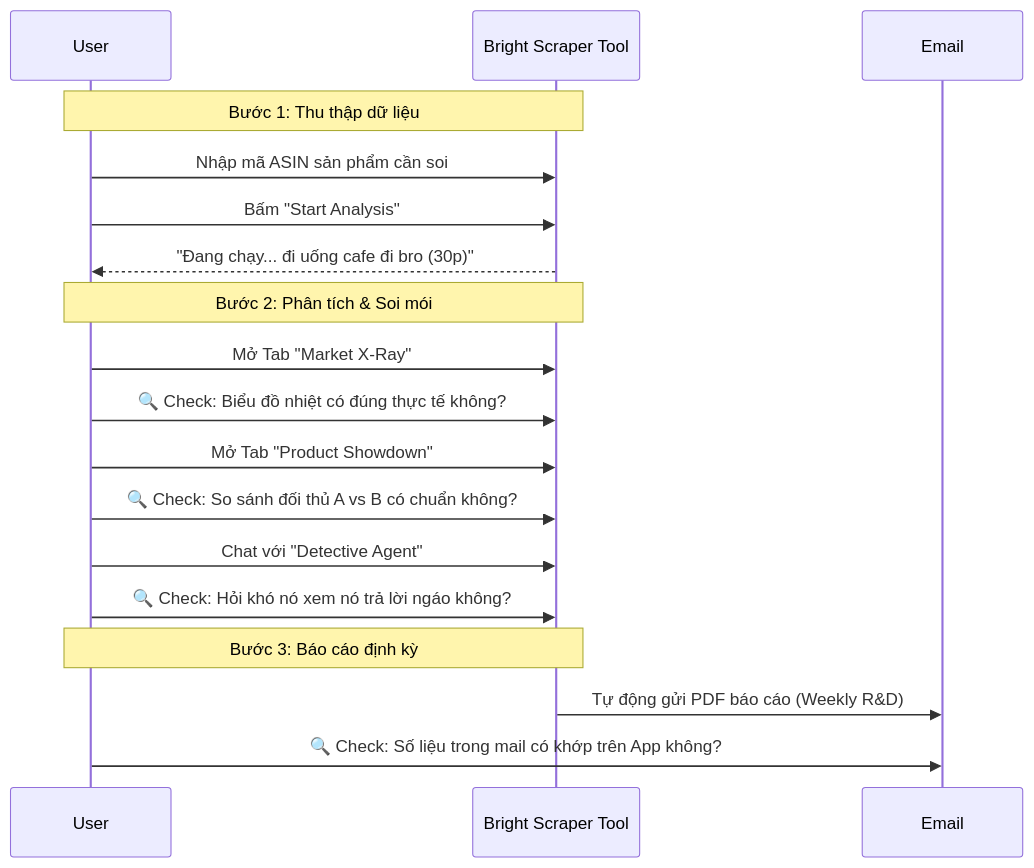
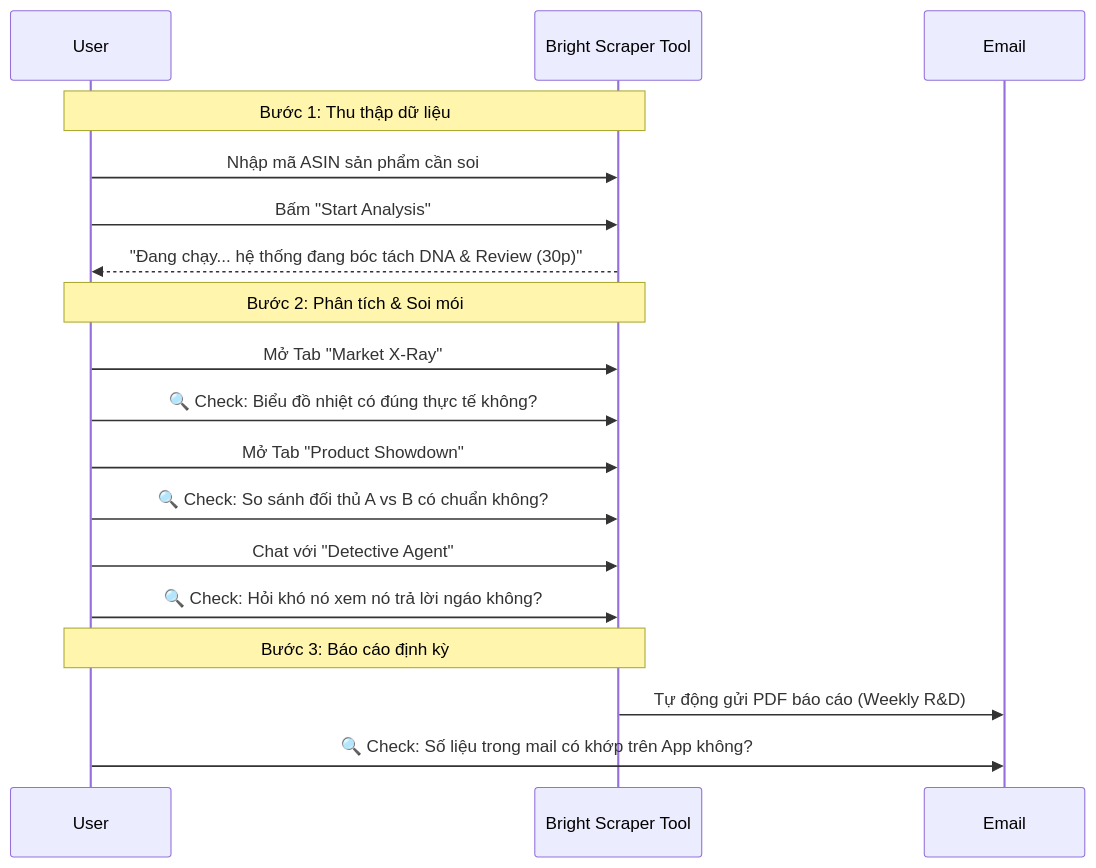
Before and after one commit to Daniel-LeTC/AI_market_intel_platform: the third of 3 diagrams in docs/architecture_analysis_v2/07_Presentation_Visuals.md, drawn with Mermaid. The commit also changed other lines of this file and 1 other file, not shown here.

Commit message:
docs: decouple Social Scout and refine metadata/review logic

````diff
--- a/docs/architecture_analysis_v2/07_Presentation_Visuals.md
+++ b/docs/architecture_analysis_v2/07_Presentation_Visuals.md
@@ -45,25 +50,25 @@
 ```mermaid
 sequenceDiagram
     participant User
     participant App as Bright Scraper Tool
     participant Email
 
     Note over User, App: Bước 1: Thu thập dữ liệu
     User->>App: Nhập mã ASIN sản phẩm cần soi
     User->>App: Bấm "Start Analysis"
-    App-->>User: "Đang chạy... đi uống cafe đi bro (30p)"
+    App-->>User: "Đang chạy... hệ thống đang bóc tách DNA & Review (30p)"
     
     Note over User, App: Bước 2: Phân tích & Soi mói
     User->>App: Mở Tab "Market X-Ray"
     User->>App: 🔍 Check: Biểu đồ nhiệt có đúng thực tế không?
     
     User->>App: Mở Tab "Product Showdown"
     User->>App: 🔍 Check: So sánh đối thủ A vs B có chuẩn không?
     
     User->>App: Chat với "Detective Agent"
     User->>App: 🔍 Check: Hỏi khó nó xem nó trả lời ngáo không?
     
     Note over User, App: Bước 3: Báo cáo định kỳ
     App->>Email: Tự động gửi PDF báo cáo (Weekly R&D)
     User->>Email: 🔍 Check: Số liệu trong mail có khớp trên App không?
 ```
````
